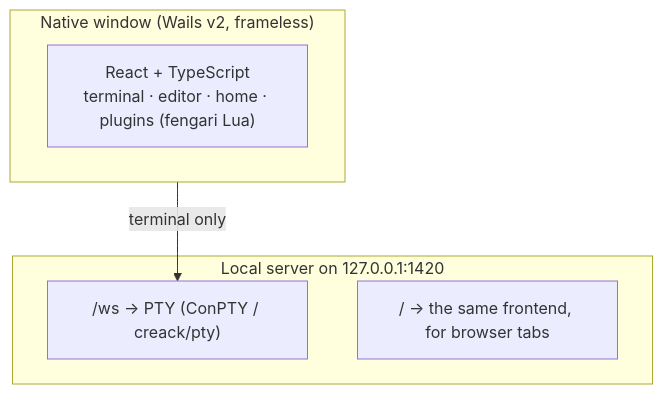
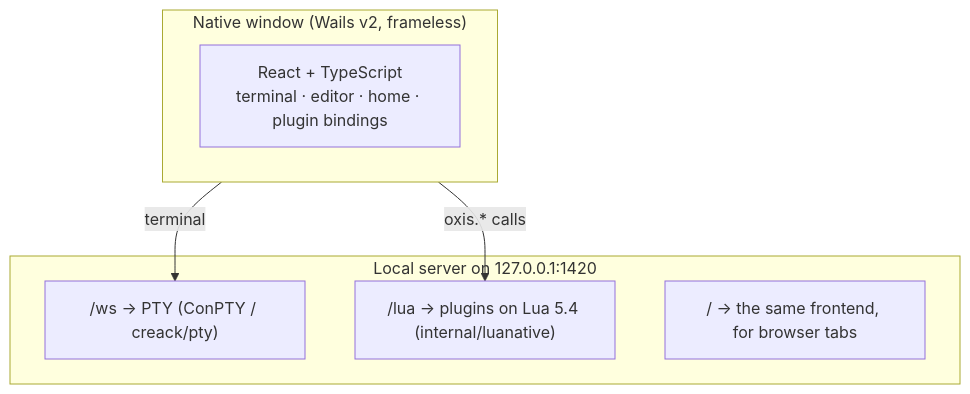
One commit to oxlaboratory/oxis changed the diagram in README.md. Above: the diagram before and after it, drawn with Mermaid. The commit also changed other lines of this file and 92 other files, not shown here.

First line of the commit message:
Plugins on real Lua 5.4; the editor's Vim keys; output under the editor

````diff
--- a/README.md
+++ b/README.md
@@ -1398,11 +1445,13 @@
 ```mermaid
 flowchart TB
     subgraph WIN["Native window (Wails v2, frameless)"]
-        UI["React + TypeScript<br>terminal · editor · home · plugins (fengari Lua)"]
+        UI["React + TypeScript<br>terminal · editor · home · plugin bindings"]
     end
     subgraph SRV["Local server on 127.0.0.1:1420"]
         WS["/ws → PTY (ConPTY / creack/pty)"]
+        LUA["/lua → plugins on Lua 5.4 (internal/luanative)"]
         WEB["/ → the same frontend, for browser tabs"]
     end
-    WIN -->|"terminal only"| WS
+    WIN -->|"terminal"| WS
+    WIN -->|"oxis.* calls"| LUA
 ```
````
